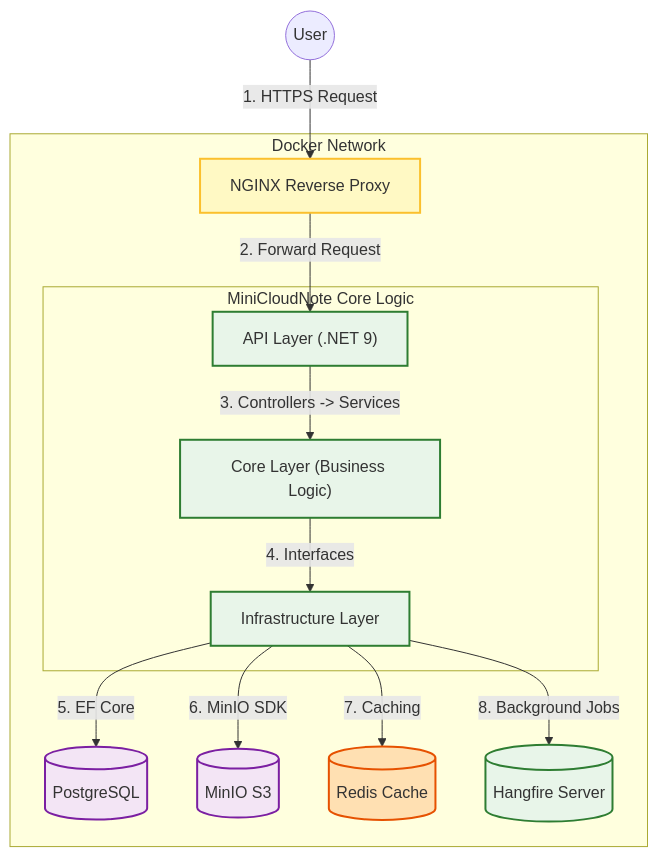
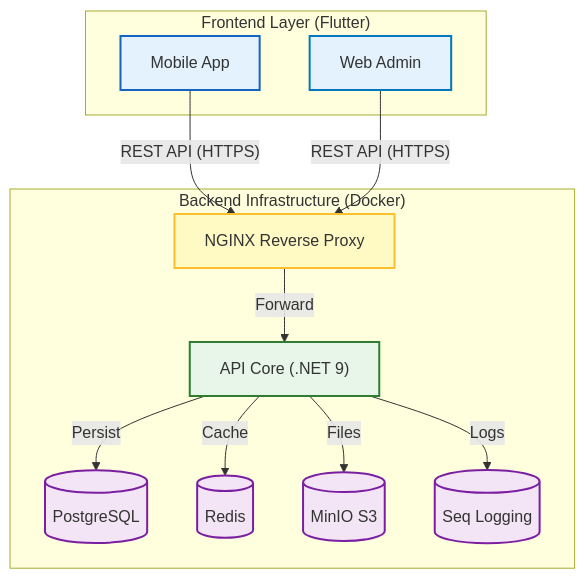
The first of 2 diagrams in README.md (PHThai254/MiniCloudNote), drawn with Mermaid before and after one commit. The commit also changed other lines of this file, not shown here.

````diff
--- a/README.md
+++ b/README.md
@@ -29,28 +38,26 @@
 ```mermaid
 graph TD
     %% Define Styles
-    classDef client fill:#e1f5fe,stroke:#01579b,stroke-width:2px;
+    classDef mobile fill:#e3f2fd,stroke:#1565c0,stroke-width:2px;
+    classDef web fill:#e3f2fd,stroke:#0277bd,stroke-width:2px;
     classDef proxy fill:#fff9c4,stroke:#fbc02d,stroke-width:2px;
-    classDef app fill:#e8f5e9,stroke:#2e7d32,stroke-width:2px;
+    classDef api fill:#e8f5e9,stroke:#2e7d32,stroke-width:2px;
     classDef db fill:#f3e5f5,stroke:#7b1fa2,stroke-width:2px;
-    classDef cache fill:#ffe0b2,stroke:#e65100,stroke-width:2px;
 
-    %% Client Layer
-    User((User)) -->|"1. HTTPS Request"| NGINX["NGINX Reverse Proxy"]:::proxy
+    %% Clients
+    subgraph "Frontend Layer (Flutter)"
+        Mobile[Mobile App]:::mobile
+        Web[Web Admin]:::web
+    end
 
-    %% Backend Container
-    subgraph "Docker Network"
-        NGINX -->|"2. Forward Request"| API["API Layer (.NET 9)"]:::app
+    %% Backend
+    subgraph "Backend Infrastructure (Docker)"
+        Mobile & Web -->|"REST API (HTTPS)"| NGINX["NGINX Reverse Proxy"]:::proxy
+        NGINX -->|"Forward"| API["API Core (.NET 9)"]:::api
         
-        subgraph "MiniCloudNote Core Logic"
-            API -->|"3. Controllers -> Services"| Core["Core Layer (Business Logic)"]:::app
-            Core -->|"4. Interfaces"| Infra["Infrastructure Layer"]:::app
-        end
-
-        %% Data Layer
-        Infra -->|"5. EF Core"| PG[("PostgreSQL")]:::db
-        Infra -->|"6. MinIO SDK"| MinIO[("MinIO S3")]:::db
-        Infra -->|"7. Caching"| Redis[("Redis Cache")]:::cache
-        Infra -->|"8. Background Jobs"| Hangfire[("Hangfire Server")]:::app
+        API -->|"Persist"| PG[("PostgreSQL")]:::db
+        API -->|"Cache"| Redis[("Redis")]:::db
+        API -->|"Files"| MinIO[("MinIO S3")]:::db
+        API -->|"Logs"| Seq[("Seq Logging")]:::db
     end
 ```
````
